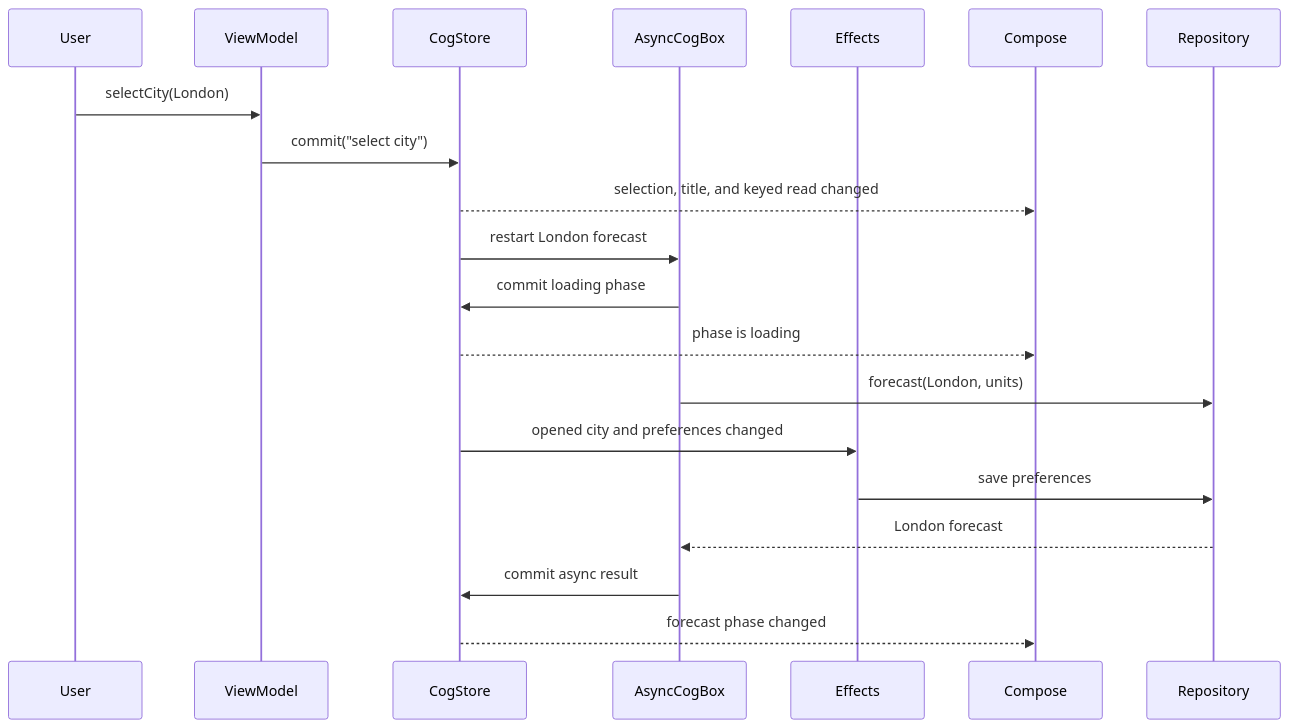
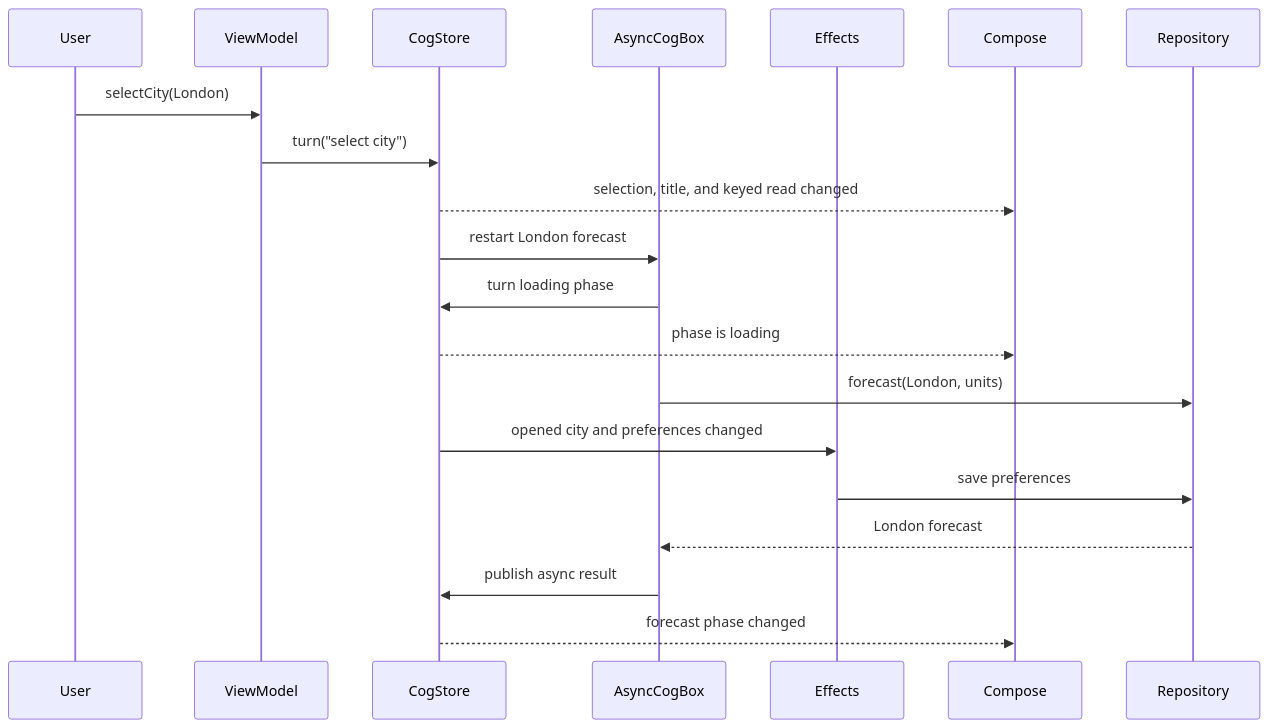
One commit to skeswa/cog changed the second of 2 diagrams in docs/kotlin/example.md. Above: the diagram before and after it, drawn with Mermaid. The commit also changed other lines of this file and 309 other files, not shown here.

````diff
--- a/docs/kotlin/example.md
+++ b/docs/kotlin/example.md
@@ -505,23 +505,23 @@
 ```mermaid
 sequenceDiagram
     participant U as User
     participant VM as ViewModel
     participant S as CogStore
     participant A as AsyncCogBox
     participant E as Effects
     participant C as Compose
     participant R as Repository
 
     U->>VM: selectCity(London)
-    VM->>S: commit("select city")
+    VM->>S: turn("select city")
     S-->>C: selection, title, and keyed read changed
     S->>A: restart London forecast
-    A->>S: commit loading phase
+    A->>S: turn loading phase
     S-->>C: phase is loading
     A->>R: forecast(London, units)
     S->>E: opened city and preferences changed
     E->>R: save preferences
     R-->>A: London forecast
-    A->>S: commit async result
+    A->>S: publish async result
     S-->>C: forecast phase changed
 ```
````
